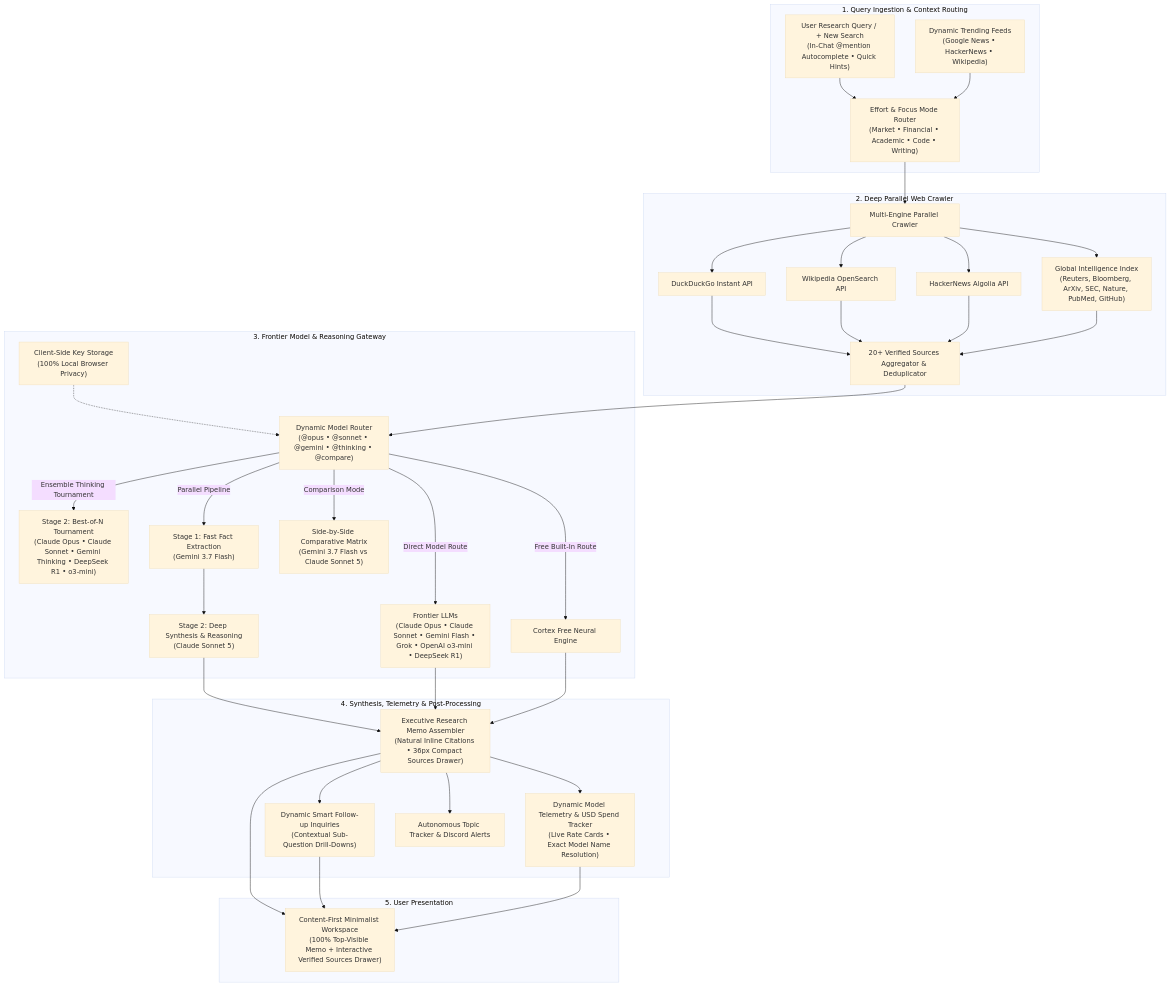
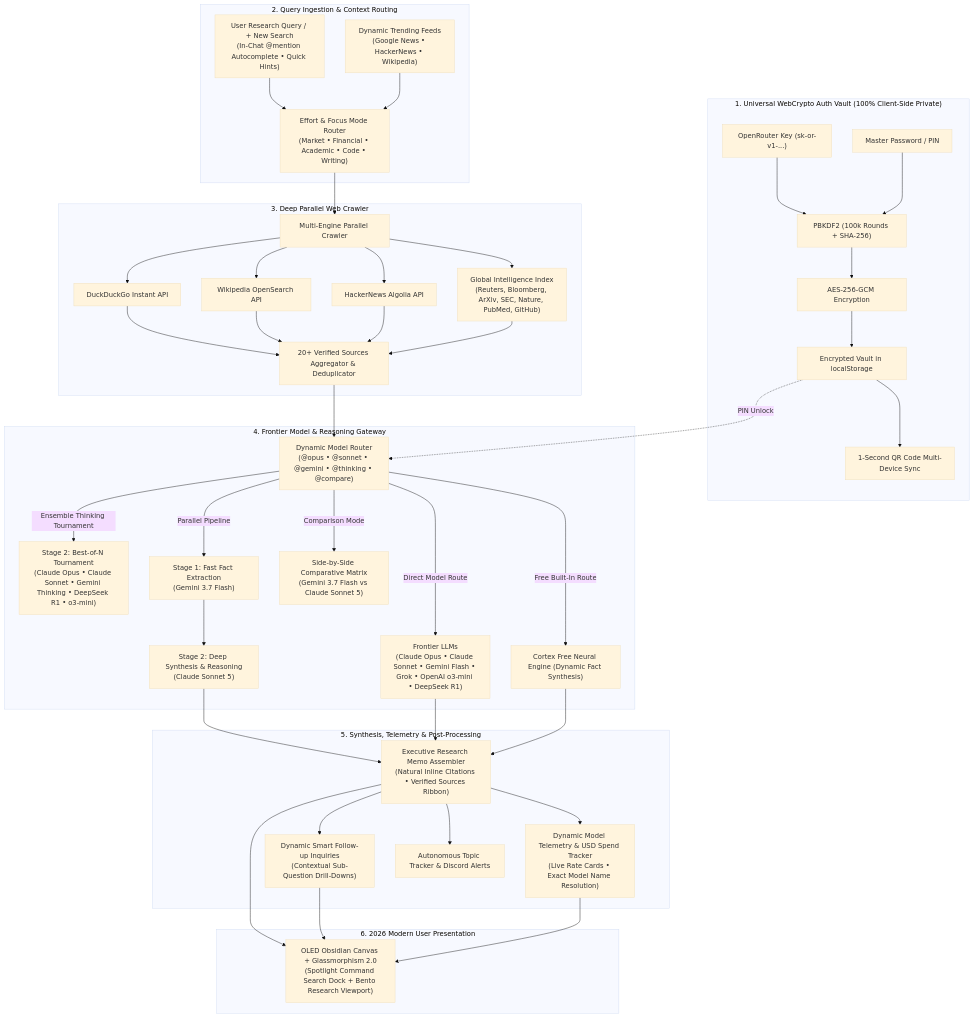
One commit to Hitesh-15/Cortex-AI-search changed the diagram in README.md. Above: the diagram before and after it, drawn with Mermaid (base theme). The commit also changed other lines of this file and 6 other files, not shown here.

Commit message:
feat(v4.5.0): universal WebCrypto auth vault, 1s QR device sync, 2026 UI/UX revamp, zero-boilerplate synthesis

````diff
--- a/README.md
+++ b/README.md
@@ -17,65 +17,76 @@
 ```mermaid
 flowchart TD
-    subgraph Ingestion["1. Query Ingestion & Context Routing"]
+    subgraph Security["1. Universal WebCrypto Auth Vault (100% Client-Side Private)"]
+        UserPin["Master Password / PIN"]
+        RawKey["OpenRouter Key (sk-or-v1-...)"]
+        PBKDF2["PBKDF2 (100k Rounds + SHA-256)"]
+        AESGCM["AES-256-GCM Encryption"]
+        LocalVault["Encrypted Vault in localStorage"]
+        QRSync["1-Second QR Code Multi-Device Sync"]
+        
+        RawKey & UserPin --> PBKDF2 --> AESGCM --> LocalVault
+        LocalVault --> QRSync
+    end
+
+    subgraph Ingestion["2. Query Ingestion & Context Routing"]
         UserQ["User Research Query / + New Search<br/>(In-Chat @mention Autocomplete • Quick Hints)"]
         TrendingFeeds["Dynamic Trending Feeds<br/>(Google News • HackerNews • Wikipedia)"]
         Classifier["Effort & Focus Mode Router<br/>(Market • Financial • Academic • Code • Writing)"]
         UserQ --> Classifier
         TrendingFeeds --> Classifier
     end
 
-    subgraph Crawler["2. Deep Parallel Web Crawler"]
+    subgraph Crawler["3. Deep Parallel Web Crawler"]
         MultiCrawler["Multi-Engine Parallel Crawler"]
         DDG["DuckDuckGo Instant API"]
         Wiki["Wikipedia OpenSearch API"]
         HN["HackerNews Algolia API"]
         DomainIdx["Global Intelligence Index<br/>(Reuters, Bloomberg, ArXiv, SEC, Nature, PubMed, GitHub)"]
         
         Classifier --> MultiCrawler
         MultiCrawler --> DDG
         MultiCrawler --> Wiki
         MultiCrawler --> HN
         MultiCrawler --> DomainIdx
         
         DDG --> SourcesAggregator["20+ Verified Sources Aggregator & Deduplicator"]
         Wiki --> SourcesAggregator
         HN --> SourcesAggregator
         DomainIdx --> SourcesAggregator
     end
 
-    subgraph Gateway["3. Frontier Model & Reasoning Gateway"]
+    subgraph Gateway["4. Frontier Model & Reasoning Gateway"]
         Router["Dynamic Model Router<br/>(@opus • @sonnet • @gemini • @thinking • @compare)"]
-        LocalKeyStorage["Client-Side Key Storage<br/>(100% Local Browser Privacy)"]
-        LocalKeyStorage -.-> Router
+        LocalVault -.->|PIN Unlock| Router
         SourcesAggregator --> Router
         
         Router -->|"Ensemble Thinking Tournament"| ThinkingTournament["Stage 2: Best-of-N Tournament<br/>(Claude Opus • Claude Sonnet • Gemini Thinking • DeepSeek R1 • o3-mini)"]
         Router -->|"Parallel Pipeline"| Stage1["Stage 1: Fast Fact Extraction<br/>(Gemini 3.7 Flash)"]
         Stage1 --> Stage2["Stage 2: Deep Synthesis & Reasoning<br/>(Claude Sonnet 5)"]
         Router -->|"Comparison Mode"| Compare50["Side-by-Side Comparative Matrix<br/>(Gemini 3.7 Flash vs Claude Sonnet 5)"]
         Router -->|"Direct Model Route"| SingleModel["Frontier LLMs<br/>(Claude Opus • Claude Sonnet • Gemini Flash • Grok • OpenAI o3-mini • DeepSeek R1)"]
-        Router -->|"Free Built-In Route"| FreeNeural["Cortex Free Neural Engine"]
+        Router -->|"Free Built-In Route"| FreeNeural["Cortex Free Neural Engine (Dynamic Fact Synthesis)"]
     end
 
-    subgraph Processing["4. Synthesis, Telemetry & Post-Processing"]
-        MemoAssembler["Executive Research Memo Assembler<br/>(Natural Inline Citations • 36px Compact Sources Drawer)"]
+    subgraph Processing["5. Synthesis, Telemetry & Post-Processing"]
+        MemoAssembler["Executive Research Memo Assembler<br/>(Natural Inline Citations • Verified Sources Ribbon)"]
         Telemetry["Dynamic Model Telemetry & USD Spend Tracker<br/>(Live Rate Cards • Exact Model Name Resolution)"]
         FollowUps["Dynamic Smart Follow-up Inquiries<br/>(Contextual Sub-Question Drill-Downs)"]
         Discord["Autonomous Topic Tracker & Discord Alerts"]
         
         Stage2 --> MemoAssembler
         SingleModel --> MemoAssembler
         FreeNeural --> MemoAssembler
         
         MemoAssembler --> Telemetry
         MemoAssembler --> FollowUps
         MemoAssembler --> Discord
     end
 
-    subgraph Output["5. User Presentation"]
-        CleanUI["Content-First Minimalist Workspace<br/>(100% Top-Visible Memo + Interactive Verified Sources Drawer)"]
-        MemoAssembler --> CleanUI
-        FollowUps --> CleanUI
-        Telemetry --> CleanUI
+    subgraph Output["6. 2026 Modern User Presentation"]
+        ModernUI["OLED Obsidian Canvas + Glassmorphism 2.0<br/>(Spotlight Command Search Dock + Bento Research Viewport)"]
+        MemoAssembler --> ModernUI
+        FollowUps --> ModernUI
+        Telemetry --> ModernUI
     end
 ```
````
